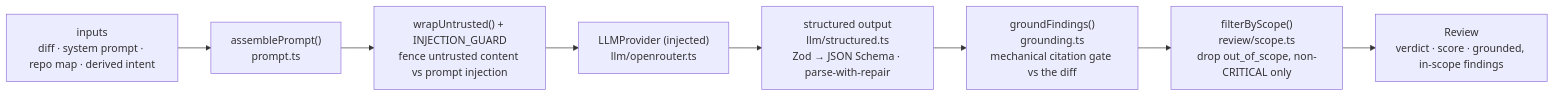
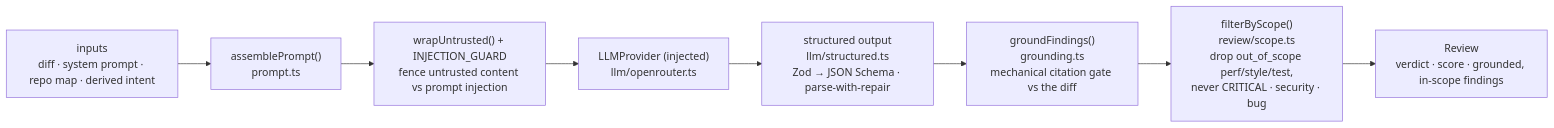
The diagram in reviewer-core/README.md (dmitrii1600/dev-digest), drawn with Mermaid before and after one commit. The commit also changed other lines of this file and 44 other files, not shown here.

````diff
--- a/reviewer-core/README.md
+++ b/reviewer-core/README.md
@@ -16,10 +16,10 @@
 ```mermaid
 flowchart LR
   IN["inputs<br/>diff · system prompt · repo map · derived intent"] --> PROMPT["assemblePrompt()<br/>prompt.ts"]
   PROMPT --> WRAP["wrapUntrusted() + INJECTION_GUARD<br/>fence untrusted content vs prompt injection"]
   WRAP --> LLM["LLMProvider (injected)<br/>llm/openrouter.ts"]
   LLM --> STRUCT["structured output<br/>llm/structured.ts<br/>Zod → JSON Schema · parse-with-repair"]
   STRUCT --> GROUND["groundFindings()<br/>grounding.ts<br/>mechanical citation gate vs the diff"]
-  GROUND --> SCOPE["filterByScope()<br/>review/scope.ts<br/>drop out_of_scope, non-CRITICAL only"]
+  GROUND --> SCOPE["filterByScope()<br/>review/scope.ts<br/>drop out_of_scope perf/style/test,<br/>never CRITICAL · security · bug"]
   SCOPE --> OUT["Review<br/>verdict · score · grounded, in-scope findings"]
 ```
````
